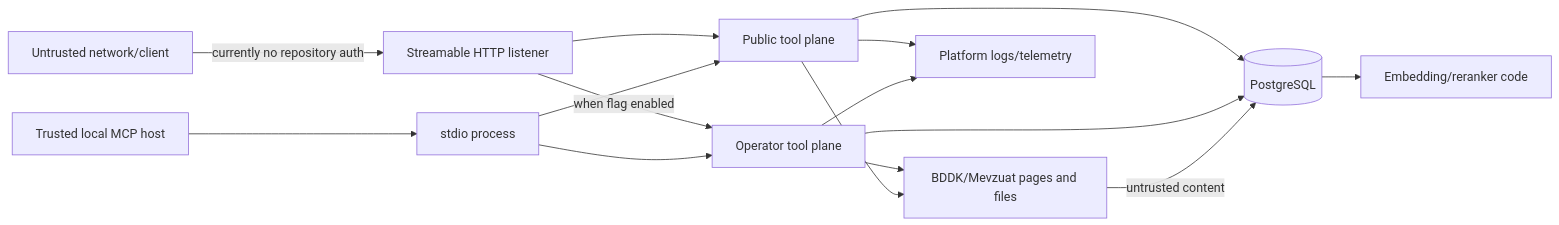
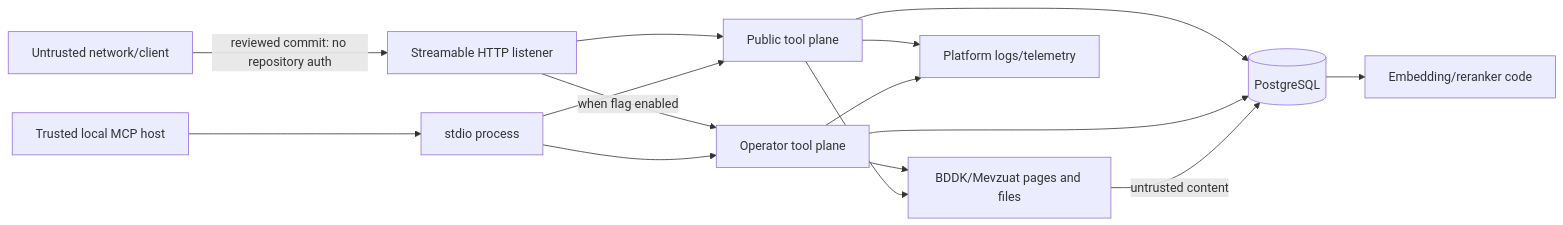
One commit to omercagatay/bddk-mcp changed the diagram in docs/SECURITY_REVIEW.md. Above: the diagram before and after it, drawn with Mermaid. The commit also changed other lines of this file and 16 other files, not shown here.

Commit message:
docs: finalize evidence roadmap and operating gates

```diff
--- a/docs/SECURITY_REVIEW.md
+++ b/docs/SECURITY_REVIEW.md
@@ -82,28 +86,28 @@
 ~~~mermaid
 flowchart LR
     Internet[Untrusted network/client]
     Local[Trusted local MCP host]
     HTTP[Streamable HTTP listener]
     Stdio[stdio process]
     Public[Public tool plane]
     Admin[Operator tool plane]
     DB[(PostgreSQL)]
     Model[Embedding/reranker code]
     Upstream[BDDK/Mevzuat pages and files]
     Logs[Platform logs/telemetry]
 
-    Internet -->|currently no repository auth| HTTP
+    Internet -->|reviewed commit: no repository auth| HTTP
     Local --> Stdio
     HTTP --> Public
     HTTP -->|when flag enabled| Admin
     Stdio --> Public
     Stdio --> Admin
     Public --> DB
     Admin --> DB
     Admin --> Upstream
     Public --> Upstream
     DB --> Model
     Public --> Logs
     Admin --> Logs
     Upstream -->|untrusted content| DB
 ~~~
```
